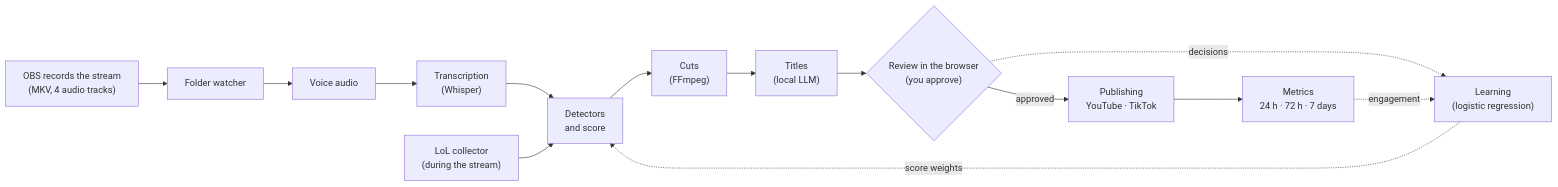
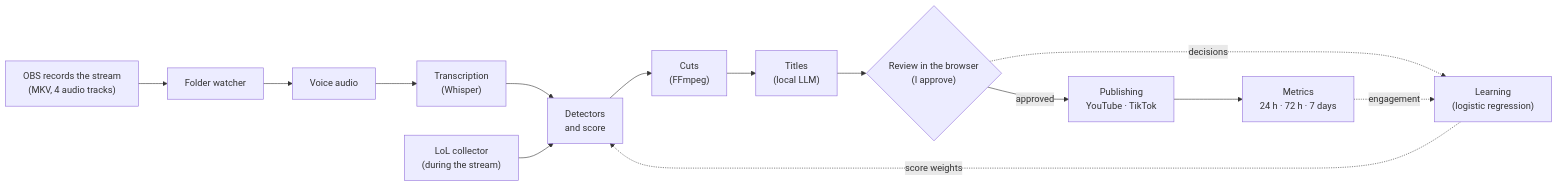
The diagram in README.en.md (Fermontelos/Clipador), drawn with Mermaid before and after one commit. The commit also changed other lines of this file and 29 other files, not shown here.

````diff
--- a/README.en.md
+++ b/README.en.md
@@ -49,13 +47,13 @@
 ```mermaid
 flowchart LR
   OBS["OBS records the stream<br/>(MKV, 4 audio tracks)"] --> MON["Folder watcher"]
   MON --> AUD["Voice audio"] --> TRA["Transcription<br/>(Whisper)"] --> DET["Detectors<br/>and score"]
   LOL["LoL collector<br/>(during the stream)"] --> DET
   DET --> COR["Cuts<br/>(FFmpeg)"] --> TIT["Titles<br/>(local LLM)"]
-  TIT --> REV{"Review in the browser<br/>(you approve)"}
+  TIT --> REV{"Review in the browser<br/>(I approve)"}
   REV -->|approved| PUB["Publishing<br/>YouTube · TikTok"]
   PUB --> MET["Metrics<br/>24 h · 72 h · 7 days"]
   REV -. decisions .-> APR["Learning<br/>(logistic regression)"]
   MET -. engagement .-> APR
   APR -. score weights .-> DET
 ```
````
